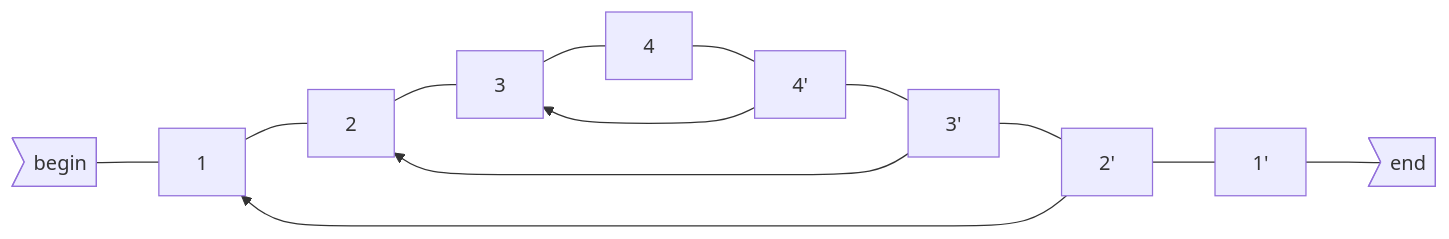
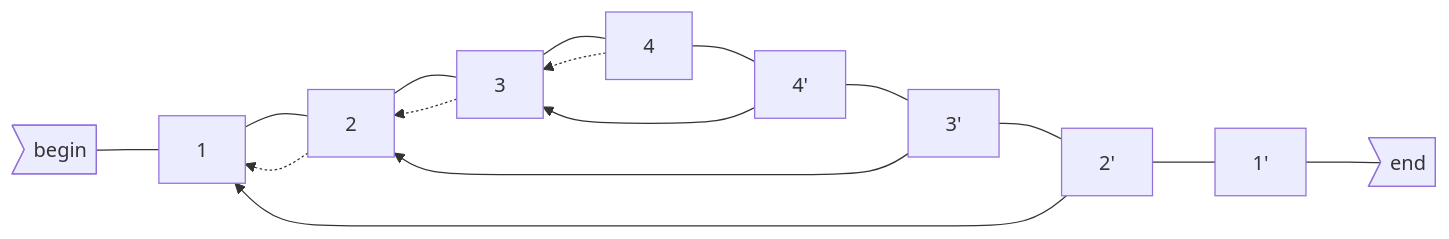
The first of 3 diagrams in DBS/Chap16_Rec_zyx.md (FUTURETECH6/Notes-Sophomore2), drawn with Mermaid before and after one commit. The commit also changed other lines of this file and 26 other files, not shown here.

````diff
--- a/DBS/Chap16_Rec_zyx.md
+++ b/DBS/Chap16_Rec_zyx.md
@@ -651,9 +657,10 @@
 ```mermaid
 graph LR
 bb>"begin"]
 ee>"end"]
 bb---1---2---3---4---4'---3'---2'---1'---ee
+4-.->3-.->2-.->1
 4'-->3
 3'-->2
 2'-->1
 ```
````
